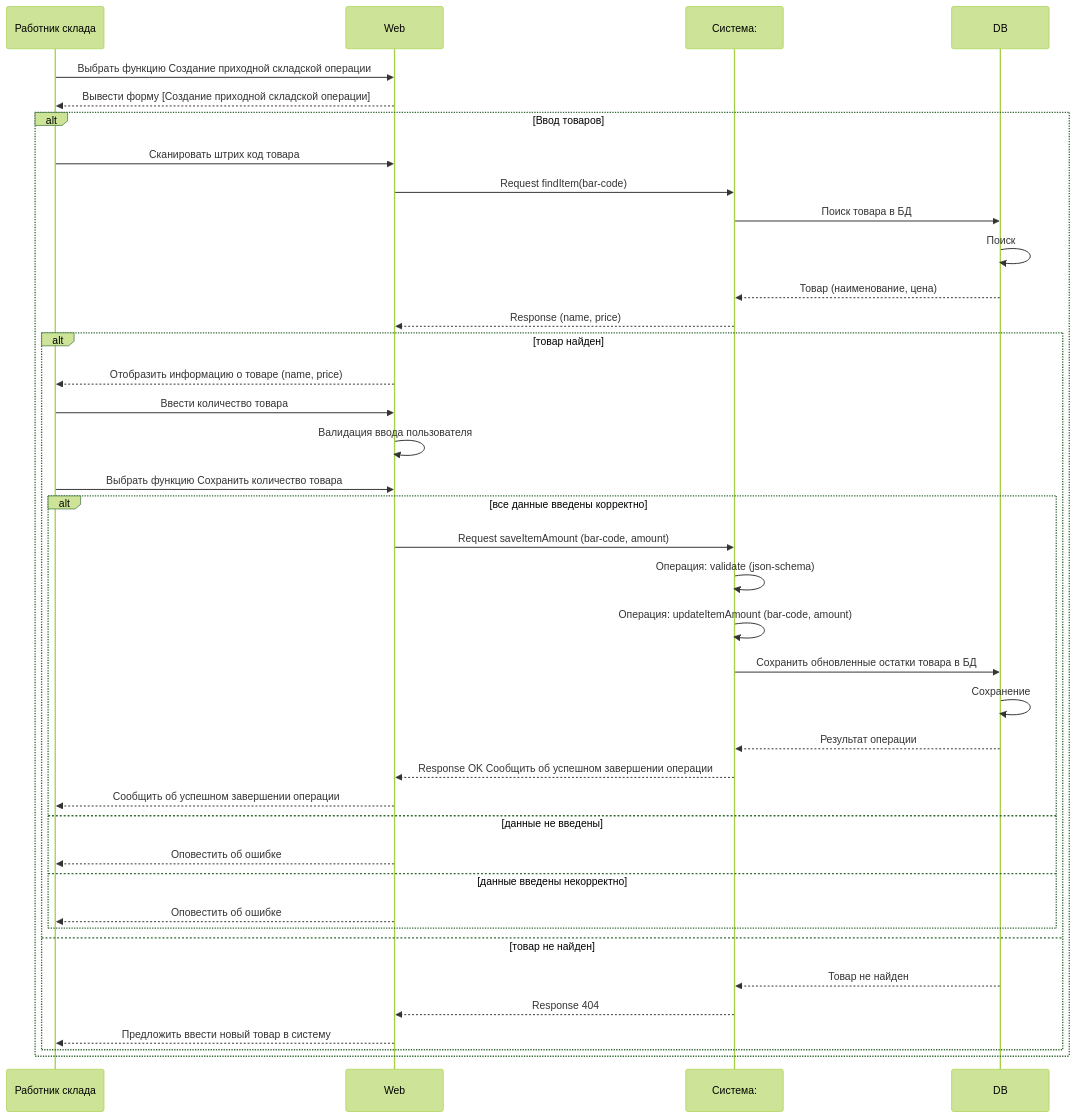
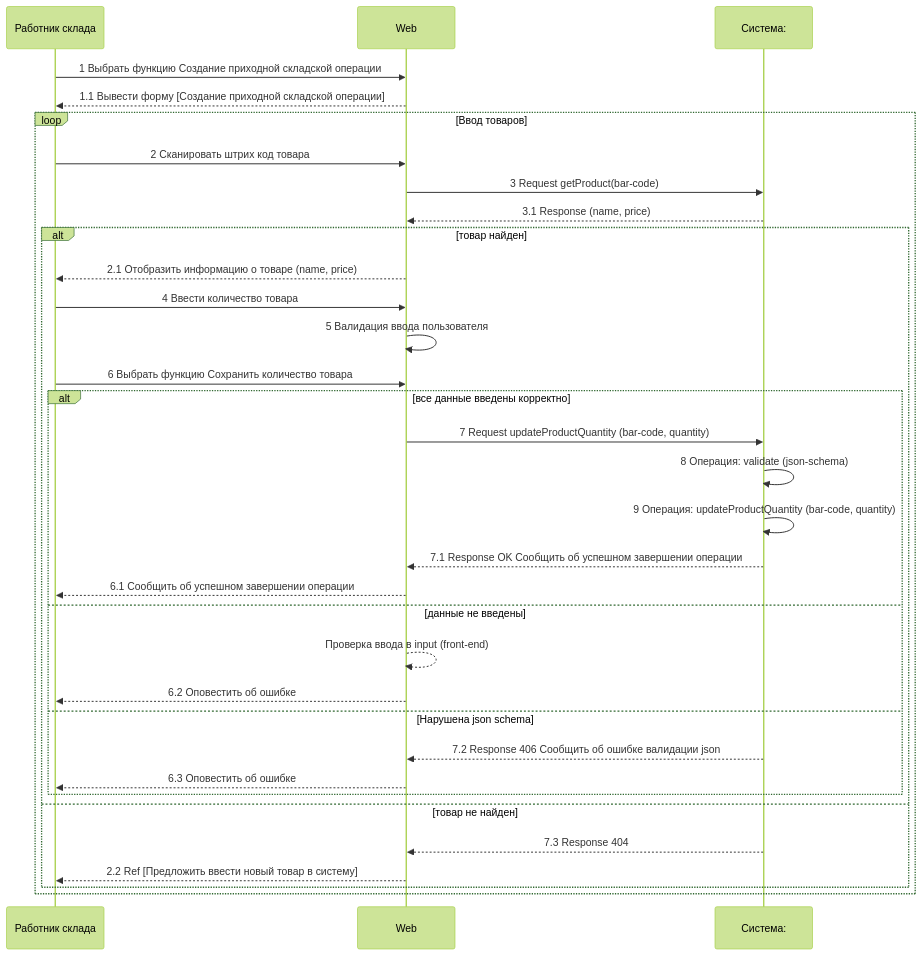
One commit to PortnovAlex80/node_js_pro changed the sixth of 9 diagrams in README.md. Above: the diagram before and after it, drawn with Mermaid (forest theme). The commit also changed other lines of this file, not shown here.

````diff
--- a/README.md
+++ b/README.md
@@ -694,44 +694,38 @@
 ```mermaid
 sequenceDiagram
 participant R as Работник склада
 participant W as Web
 participant S as Система:
-participant D as DB
 
-R ->> W: Выбрать функцию Создание приходной складской операции
-W -->> R: Вывести форму [Создание приходной складской операции]
+R ->> W: 1 Выбрать функцию Создание приходной складской операции
+W -->> R: 1.1 Вывести форму [Создание приходной складской операции]
 
-alt Ввод товаров
-R ->> W: Сканировать штрих код товара
-W ->> S: Request findItem(bar-code)
-S ->> D: Поиск товара в БД
-D ->> D: Поиск
-D -->> S: Товар (наименование, цена)
-S -->> W: Response (name, price)
+loop Ввод товаров
+R ->> W: 2 Сканировать штрих код товара
+W ->> S: 3 Request getProduct(bar-code)
+S -->> W: 3.1 Response (name, price)
 
  alt товар найден
-	W -->> R: Отобразить информацию о товаре (name, price)
-    R ->> W: Ввести количество товара
-	W ->> W: Валидация ввода пользователя
-    R ->> W: Выбрать функцию Сохранить количество товара
+	W -->> R: 2.1 Отобразить информацию о товаре (name, price)
+    R ->> W: 4 Ввести количество товара
+	W ->> W: 5 Валидация ввода пользователя
+    R ->> W: 6 Выбрать функцию Сохранить количество товара
     alt все данные введены корректно  
-        W ->> S: Request saveItemAmount (bar-code, amount)
-		S ->> S: Операция: validate (json-schema)
-        S ->> S: Операция: updateItemAmount (bar-code, amount)
-        S ->> D: Сохранить обновленные остатки товара в БД
-			D ->> D: Сохранение
-			D -->> S: Результат операции
-		S -->> W: Response OK Сообщить об успешном завершении операции
-        W -->> R: Сообщить об успешном завершении операции
+        W ->> S: 7 Request updateProductQuantity (bar-code, quantity)
+		S ->> S: 8 Операция: validate (json-schema)
+        S ->> S: 9 Операция: updateProductQuantity (bar-code, quantity)
+		S -->> W: 7.1 Response OK Сообщить об успешном завершении операции
+        W -->> R: 6.1 Сообщить об успешном завершении операции
     else данные не введены
-        W -->> R: Оповестить об ошибке
-    else данные введены некорректно
-        W -->> R: Оповестить об ошибке
+	    W -->> W: Проверка ввода в input (front-end)
+        W -->> R: 6.2 Оповестить об ошибке
+    else Нарушена json schema
+    	S -->> W: 7.2 Response 406 Сообщить об ошибке валидации json
+        W -->> R: 6.3 Оповестить об ошибке
     end
 else товар не найден
-	D -->> S: Товар не найден
-	S -->> W: Response 404
-    W -->> R: Предложить ввести новый товар в систему
+	S -->> W: 7.3 Response 404
+    W -->> R: 2.2 Ref [Предложить ввести новый товар в систему]
 end
 end
 ```
````
